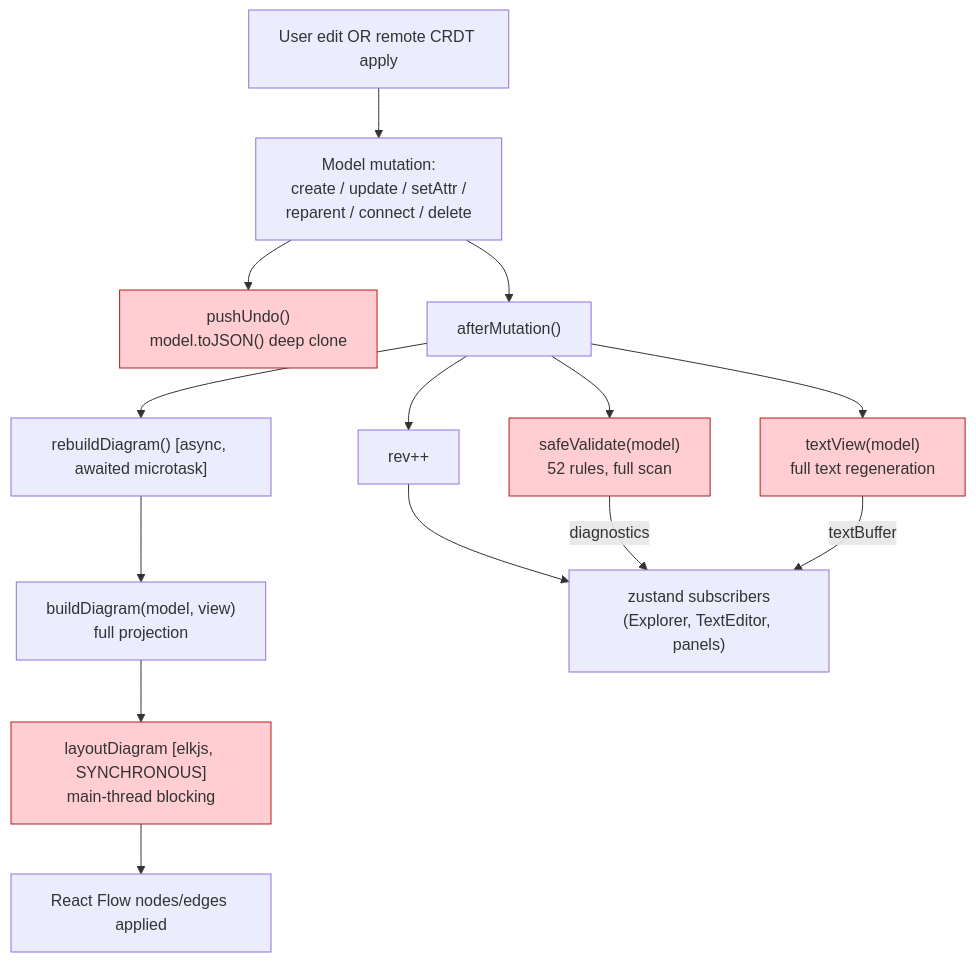
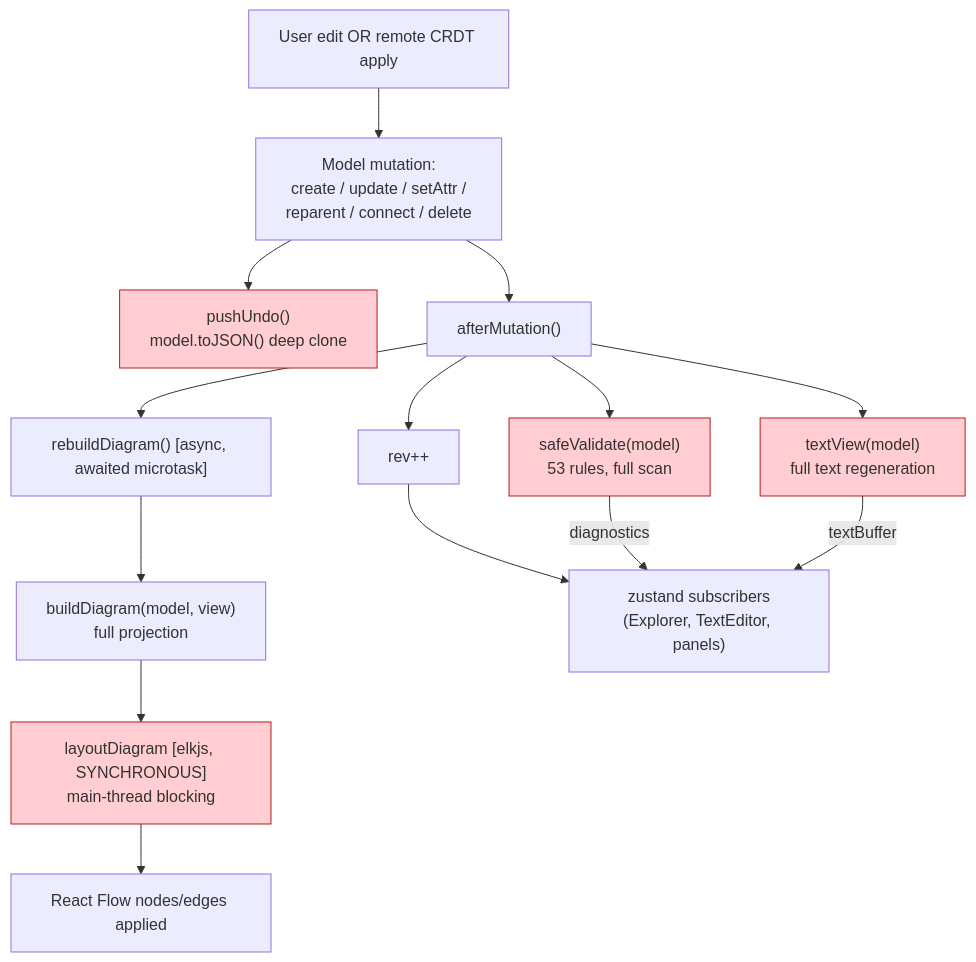
The third of 7 diagrams in docs/architecture/05-data-flow.md (cosmindxu/sysprose), drawn with Mermaid before and after one commit. The commit also changed 12 other files, not shown here.

````diff
--- a/docs/architecture/05-data-flow.md
+++ b/docs/architecture/05-data-flow.md
@@ -98,32 +98,32 @@
 ```mermaid
 flowchart TB
     trigger["User edit OR remote CRDT apply"]
     op["Model mutation:\ncreate / update / setAttr /\nreparent / connect / delete"]
     pushUndo["pushUndo()\nmodel.toJSON() deep clone"]
     afterMut["afterMutation()"]
-    validate["safeValidate(model)\n52 rules, full scan"]
+    validate["safeValidate(model)\n53 rules, full scan"]
     serialize["textView(model)\nfull text regeneration"]
     bump["rev++"]
     rebuild["rebuildDiagram() [async, awaited microtask]"]
     build["buildDiagram(model, view)\nfull projection"]
     layout["layoutDiagram [elkjs, SYNCHRONOUS]\nmain-thread blocking"]
     apply["React Flow nodes/edges applied"]
     listeners[" zustand subscribers\n(Explorer, TextEditor, panels)"]
 
     trigger --> op
     op --> pushUndo
     op --> afterMut
     afterMut --> validate
     afterMut --> serialize
     afterMut --> bump
     afterMut --> rebuild
     rebuild --> build
     build --> layout
     layout --> apply
     bump --> listeners
     validate -->|diagnostics| listeners
     serialize -->|textBuffer| listeners
 
     classDef hot fill:#ffcdd2,stroke:#b71c1c
     class validate,serialize,layout,pushUndo hot
 ```
````
